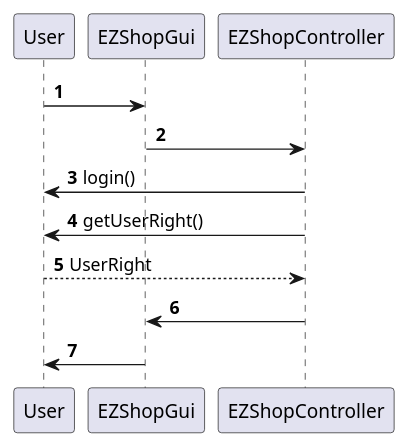
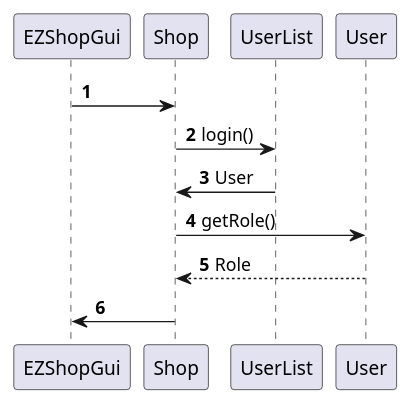
The eighth of 12 diagrams in Deliverables/DesignDocument.md (mkexc/ezshop), drawn with PlantUML before and after one commit. The commit also changed other lines of this file and 3 other files, not shown here.

Commit message:
Deliverables: fixed LowLevel design, added sequence diagrams, started estimation

````diff
--- a/Deliverables/DesignDocument.md
+++ b/Deliverables/DesignDocument.md
@@ -401,14 +441,11 @@
 ```plantuml
 @startuml
 autonumber
-
-User -> EZShopGui
-EZShopGui -> EZShopController
-EZShopController -> User : login()
-EZShopController -> User : getUserRight()
-EZShopController <-- User : UserRight
-EZShopGui <- EZShopController
-User <- EZShopGui
-
+EZShopGui -> Shop 
+Shop -> UserList : login()
+Shop <- UserList : User
+Shop -> User : getRole()
+Shop <-- User : Role
+EZShopGui <- Shop
 @enduml
 ```
````
